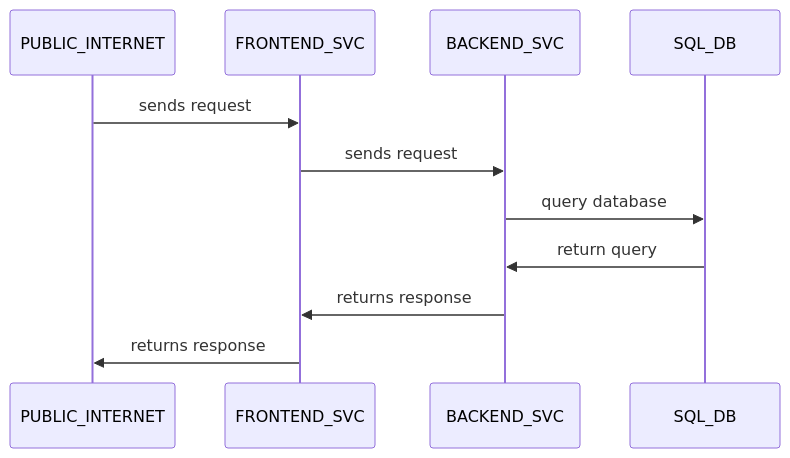
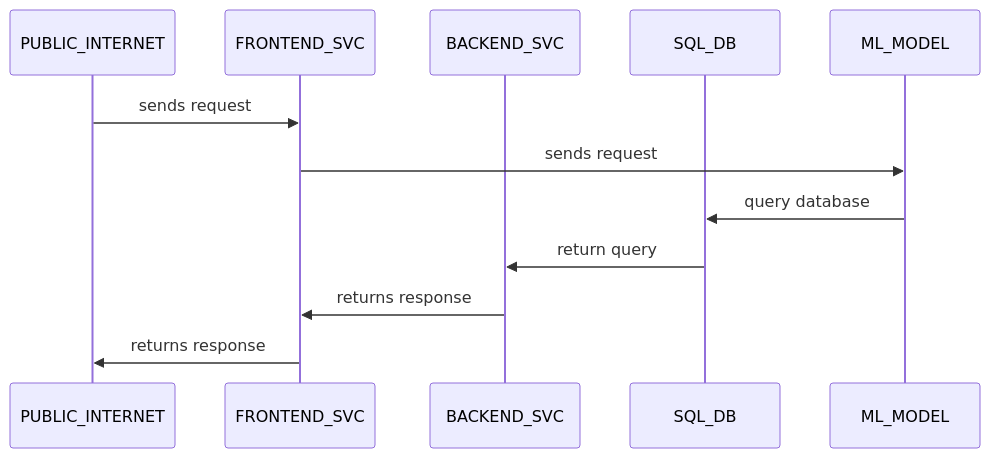
One commit to mxava/mcbroken-ml changed the second of 3 diagrams in architecture.md. Above: the diagram before and after it, drawn with Mermaid. The commit also changed other lines of this file, not shown here.

````diff
--- a/architecture.md
+++ b/architecture.md
@@ -18,14 +20,14 @@
 ```mermaid
 sequenceDiagram
    participant PUBLIC_INTERNET
    participant FRONTEND_SVC
    participant BACKEND_SVC
    participant SQL_DB
 
    PUBLIC_INTERNET->>FRONTEND_SVC: sends request
-   FRONTEND_SVC->>BACKEND_SVC: sends request
-   BACKEND_SVC->>SQL_DB: query database
+   FRONTEND_SVC->>ML_MODEL: sends request
+   ML_MODEL->>SQL_DB: query database
    SQL_DB->>BACKEND_SVC: return query
    BACKEND_SVC->>FRONTEND_SVC: returns response
    FRONTEND_SVC->>PUBLIC_INTERNET: returns response
 ```
````
